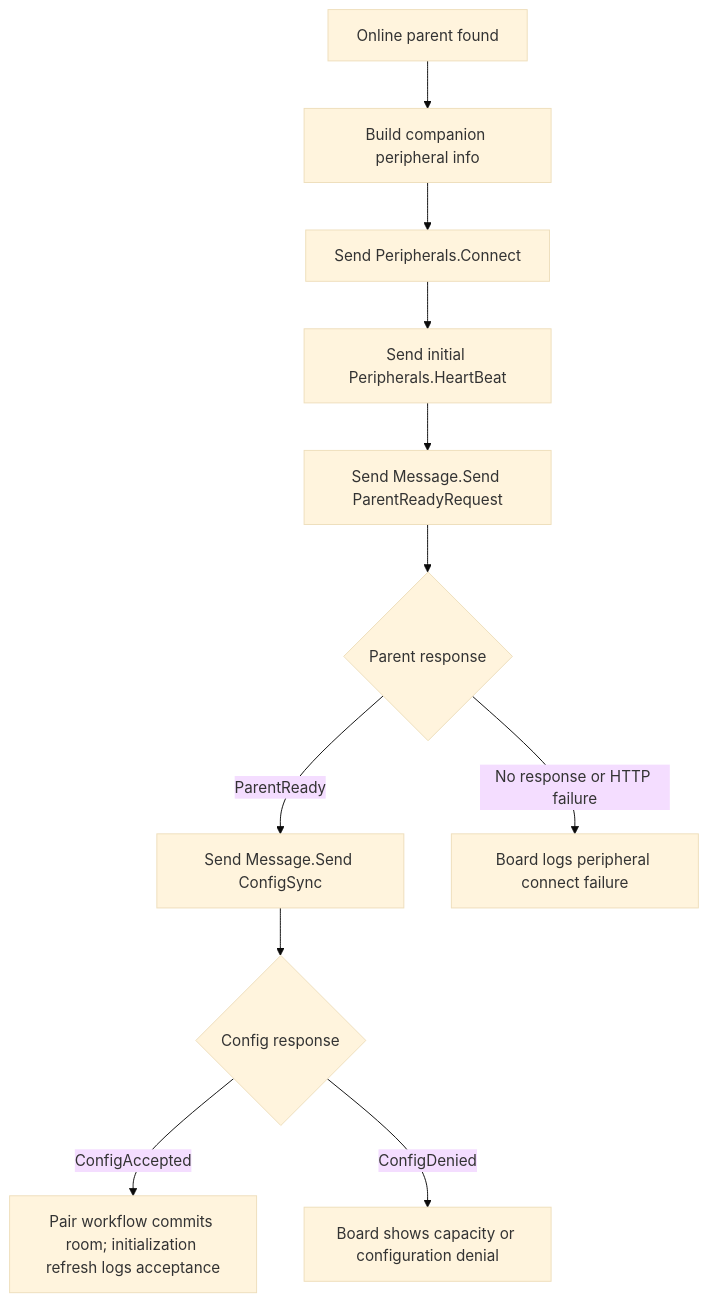
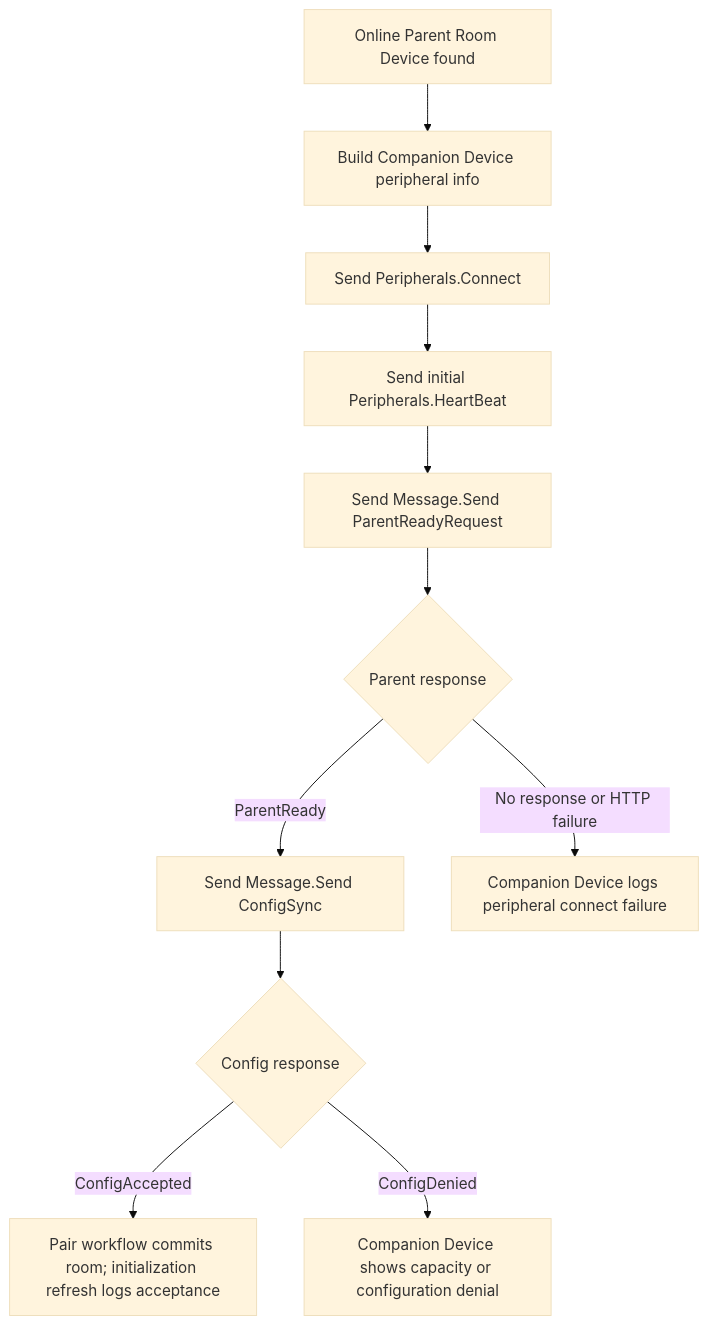
One commit to ctg-tme/Custom_Companion_2026 changed the fourth of 8 diagrams in README.md. Above: the diagram before and after it, drawn with Mermaid (base theme). The commit also changed other lines of this file and 42 other files, not shown here.

Commit message:
Audit logs and standardize device terminology

````diff
--- a/README.md
+++ b/README.md
@@ -161,13 +163,13 @@
 ```mermaid
 flowchart TD
-	A[Online parent found] --> B[Build companion peripheral info]
+	A[Online Parent Room Device found] --> B[Build Companion Device peripheral info]
 	B --> C[Send Peripherals.Connect]
 	C --> D[Send initial Peripherals.HeartBeat]
 	D --> E[Send Message.Send ParentReadyRequest]
 	E --> F{Parent response}
 	F -- ParentReady --> G[Send Message.Send ConfigSync]
 	G --> H{Config response}
 	H -- ConfigAccepted --> I[Pair workflow commits room; initialization refresh logs acceptance]
-	H -- ConfigDenied --> J[Board shows capacity or configuration denial]
-	F -- No response or HTTP failure --> K[Board logs peripheral connect failure]
+	H -- ConfigDenied --> J[Companion Device shows capacity or configuration denial]
+	F -- No response or HTTP failure --> K[Companion Device logs peripheral connect failure]
 ```
````
